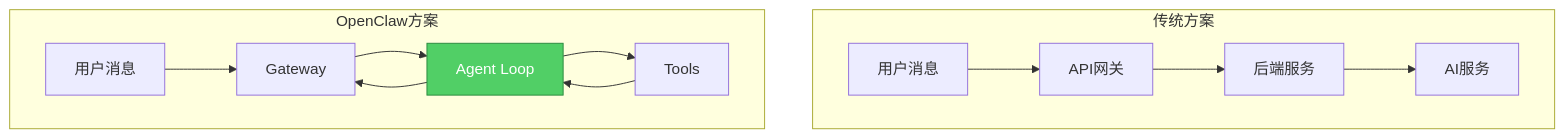
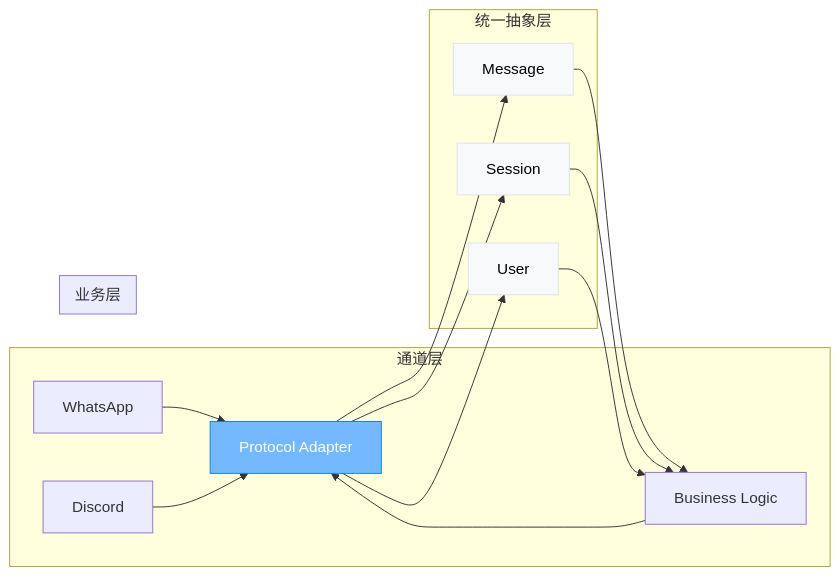
One commit to FreezeSoul/freezesoul.github.com changed the fourth of 12 diagrams in _posts/2026-03-01-openclaw-agent-gateway.md. Above: the diagram before and after it, drawn with Mermaid. The commit also changed other lines of this file, not shown here.

Commit message:
feat: 重写 OpenClaw 架构解析文章（技术深度版）

````diff
--- a/_posts/2026-03-01-openclaw-agent-gateway.md
+++ b/_posts/2026-03-01-openclaw-agent-gateway.md
@@ -175,18 +135,25 @@
 ```mermaid
-graph TD
-    subgraph 传统方案
-        A[用户消息] --> B[API网关]
-        B --> C[后端服务]
-        C --> D[AI服务]
+graph LR
+    subgraph 通道层
+        A[WhatsApp] --> P[Protocol Adapter]
+        B[Telegram] --> P
+        C[Discord] --> P
     end
     
-    subgraph OpenClaw方案
-        E[用户消息] --> F[Gateway]
-        F --> G[Agent Loop]
-        G --> T[Tools]
-        T --> G
-        G --> F
+    subgraph 统一抽象层
+        P --> M[Message]
+        P --> S[Session]
+        P --> U[User]
     end
     
-    style G fill:#51cf66,stroke:#2b8a3e,color:#fff
+    subgraph 业务层
+        M --> B[Business Logic]
+        S --> B
+        U --> B
+    end
+    
+    style P fill:#74b9ff,stroke:#0984e3,color:#fff
+    style M fill:#f8f9fa,stroke:#dee2e6,color:#000
+    style S fill:#f8f9fa,stroke:#dee2e6,color:#000
+    style U fill:#f8f9fa,stroke:#dee2e6,color:#000
 ```
````
